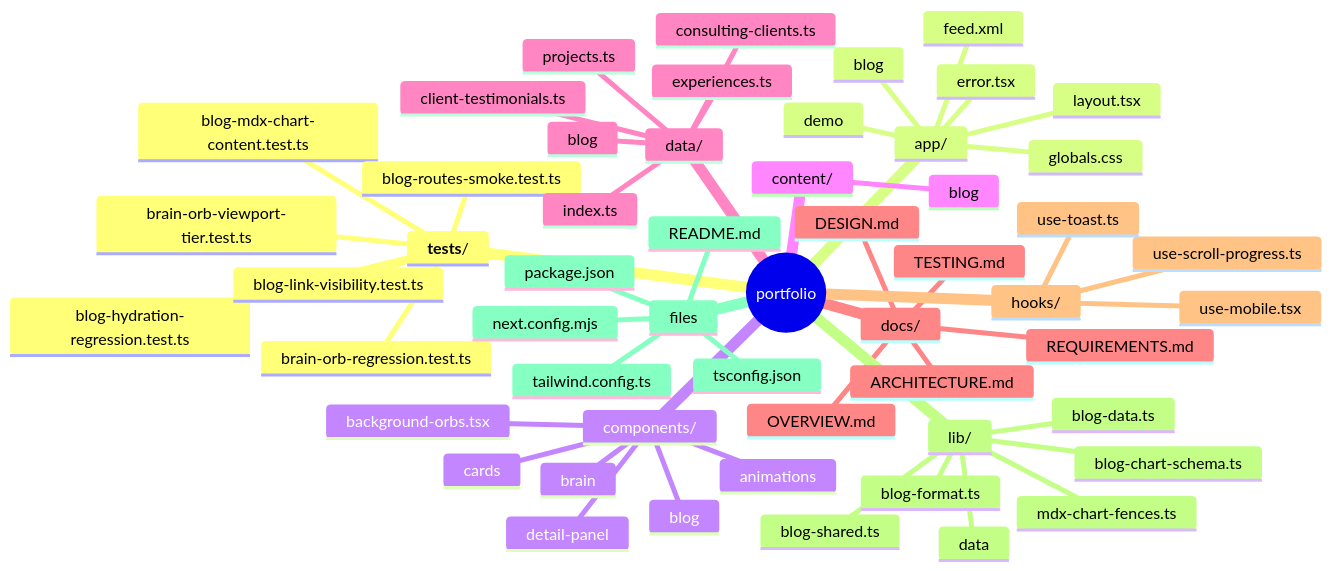
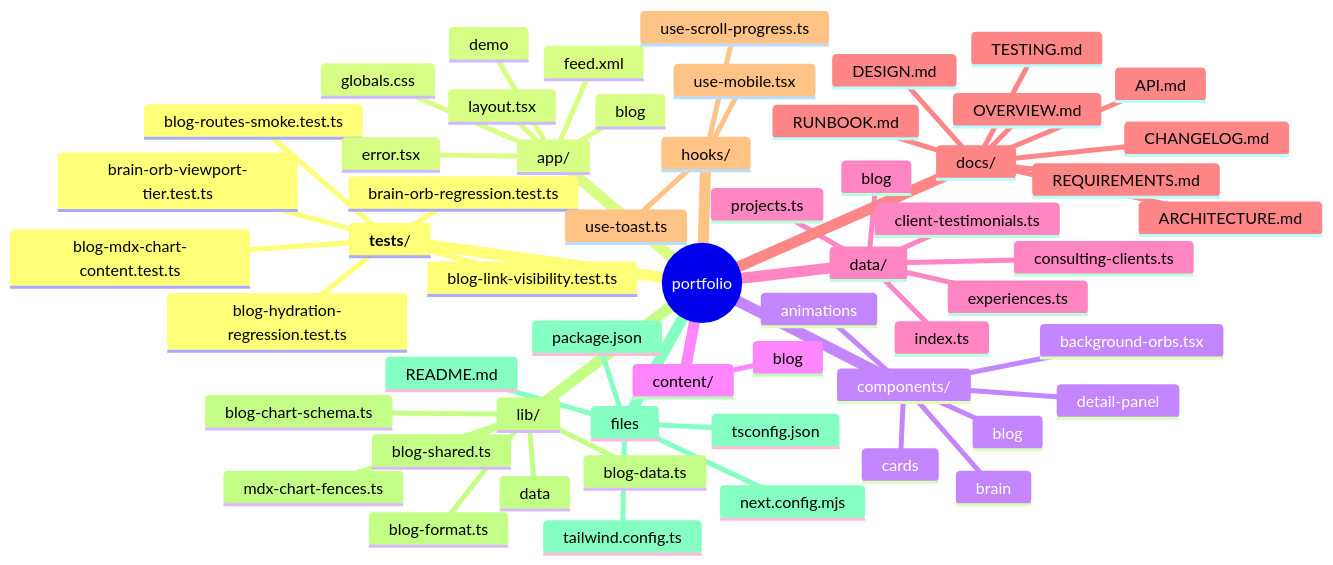
One commit to ml-lubich/portfolio changed the fourth of 5 diagrams in README.md. Above: the diagram before and after it, drawn with Mermaid. The commit also changed other lines of this file and 29 other files, not shown here.

````diff
--- a/README.md
+++ b/README.md
@@ -200,57 +209,60 @@
 ```mermaid
 mindmap
   root((portfolio))
     __tests__/
       blog-hydration-regression.test.ts
       blog-link-visibility.test.ts
       blog-mdx-chart-content.test.ts
       blog-routes-smoke.test.ts
       brain-orb-regression.test.ts
       brain-orb-viewport-tier.test.ts
     app/
       blog
       demo
       error.tsx
       feed.xml
       globals.css
       layout.tsx
     components/
       animations
       background-orbs.tsx
       blog
       brain
       cards
       detail-panel
     content/
       blog
     data/
       blog
       client-testimonials.ts
       consulting-clients.ts
       experiences.ts
       index.ts
       projects.ts
     docs/
       ARCHITECTURE.md
+      API.md
+      CHANGELOG.md
       DESIGN.md
       OVERVIEW.md
       REQUIREMENTS.md
+      RUNBOOK.md
       TESTING.md
     hooks/
       use-mobile.tsx
       use-scroll-progress.ts
       use-toast.ts
     lib/
       blog-chart-schema.ts
       blog-data.ts
       blog-format.ts
       blog-shared.ts
       data
       mdx-chart-fences.ts
     files
       README.md
       next.config.mjs
       package.json
       tailwind.config.ts
       tsconfig.json
 ```
````
